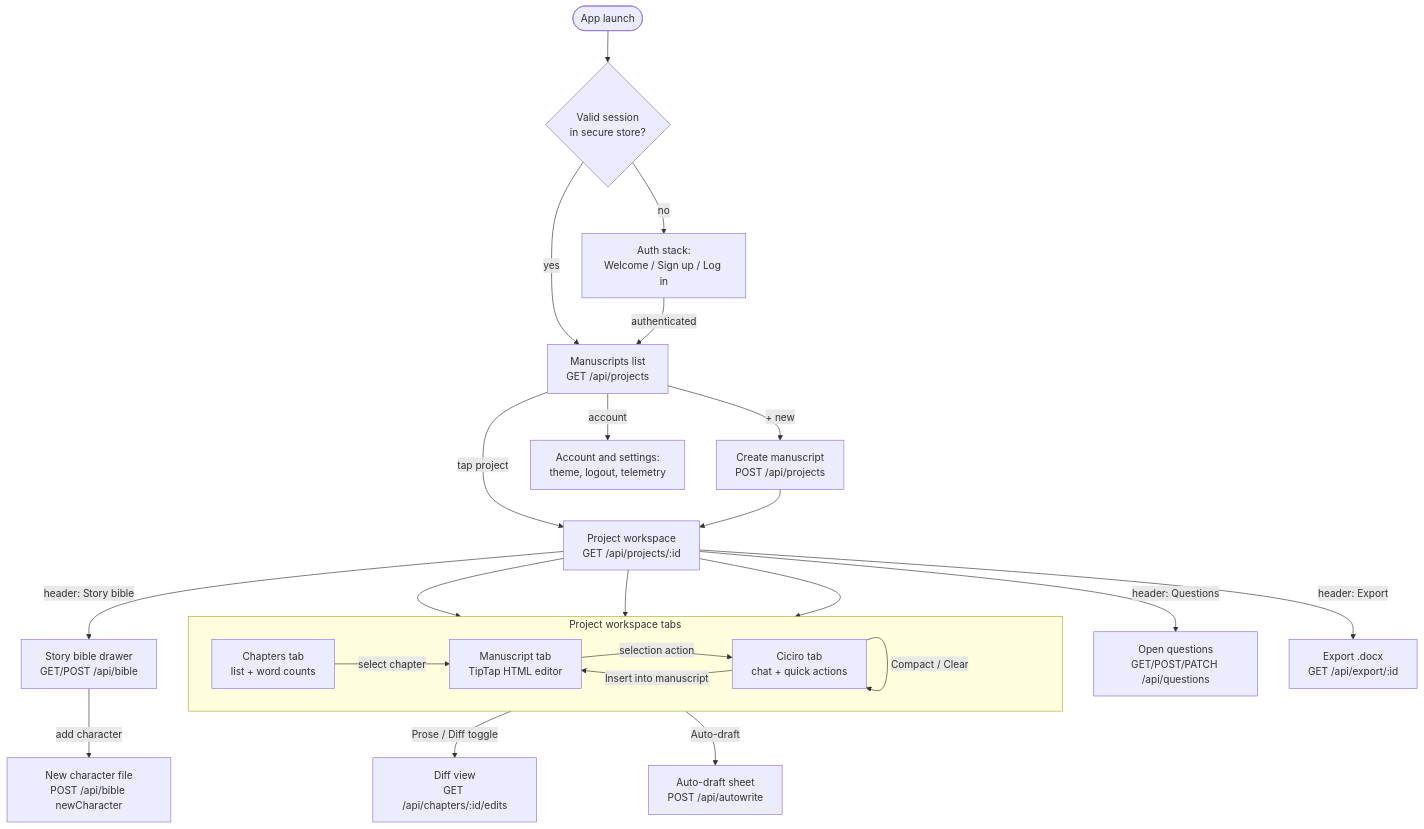
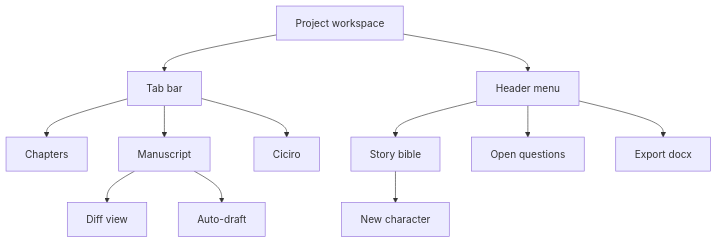
One commit to 007jedgar/Ciciro changed the second of 11 diagrams in docs/mobile/flows.md. Above: the diagram before and after it, drawn with Mermaid. The commit also changed other lines of this file, not shown here.

Commit message:
docs(mobile): un-overlap the app navigation screen map
The original flowchart mixed a left-to-right tab subgraph with cycles
(Ciciro <-> Manuscript, Compact self-loop) and six edges leaving one node,
so Mermaid stacked labels on top of each other. Split into two acyclic
top-down trees: launch/auth/list, then tabs and header sheets.

````diff
--- a/docs/mobile/flows.md
+++ b/docs/mobile/flows.md
@@ -31,37 +58,17 @@
 ```mermaid
-flowchart TD
-  Launch([App launch]) --> Session{Valid session\nin secure store?}
-  Session -- no --> Auth[Auth stack:\nWelcome / Sign up / Log in]
-  Session -- yes --> Manuscripts[Manuscripts list\nGET /api/projects]
+flowchart TB
+  Project[Project workspace] --> Tabs[Tab bar]
+  Project --> Header[Header menu]
 
-  Auth -->|authenticated| Manuscripts
+  Tabs --> Chapters[Chapters]
+  Tabs --> Manuscript[Manuscript]
+  Tabs --> Chat[Ciciro]
 
-  Manuscripts -->|tap project| Workspace[Project workspace\nGET /api/projects/:id]
-  Manuscripts -->|+ new| NewProject[Create manuscript\nPOST /api/projects]
-  NewProject --> Workspace
-  Manuscripts -->|account| Account[Account and settings:\ntheme, logout, telemetry]
+  Header --> Bible[Story bible]
+  Header --> Questions[Open questions]
+  Header --> Export[Export docx]
 
-  subgraph Project [Project workspace tabs]
-    direction LR
-    Chapters[Chapters tab\nlist + word counts]
-    Editor[Manuscript tab\nTipTap HTML editor]
-    Ciciro[Ciciro tab\nchat + quick actions]
-  end
-
-  Workspace --> Chapters
-  Workspace --> Editor
-  Workspace --> Ciciro
-
-  Chapters -->|select chapter| Editor
-  Editor -->|Prose / Diff toggle| Diff[Diff view\nGET /api/chapters/:id/edits]
-  Editor -->|Auto-draft| AutoDraft[Auto-draft sheet\nPOST /api/autowrite]
-  Editor -->|selection action| Ciciro
-
-  Workspace -->|header: Story bible| Bible[Story bible drawer\nGET/POST /api/bible]
-  Workspace -->|header: Questions| Questions[Open questions\nGET/POST/PATCH /api/questions]
-  Workspace -->|header: Export| Export[Export .docx\nGET /api/export/:id]
-
-  Bible -->|add character| BibleChar[New character file\nPOST /api/bible newCharacter]
-  Ciciro -->|Insert into manuscript| Editor
-  Ciciro -->|Compact / Clear| Ciciro
+  Manuscript --> Diff[Diff view]
+  Manuscript --> AutoDraft[Auto-draft]
+  Bible --> NewChar[New character]
 ```
````
